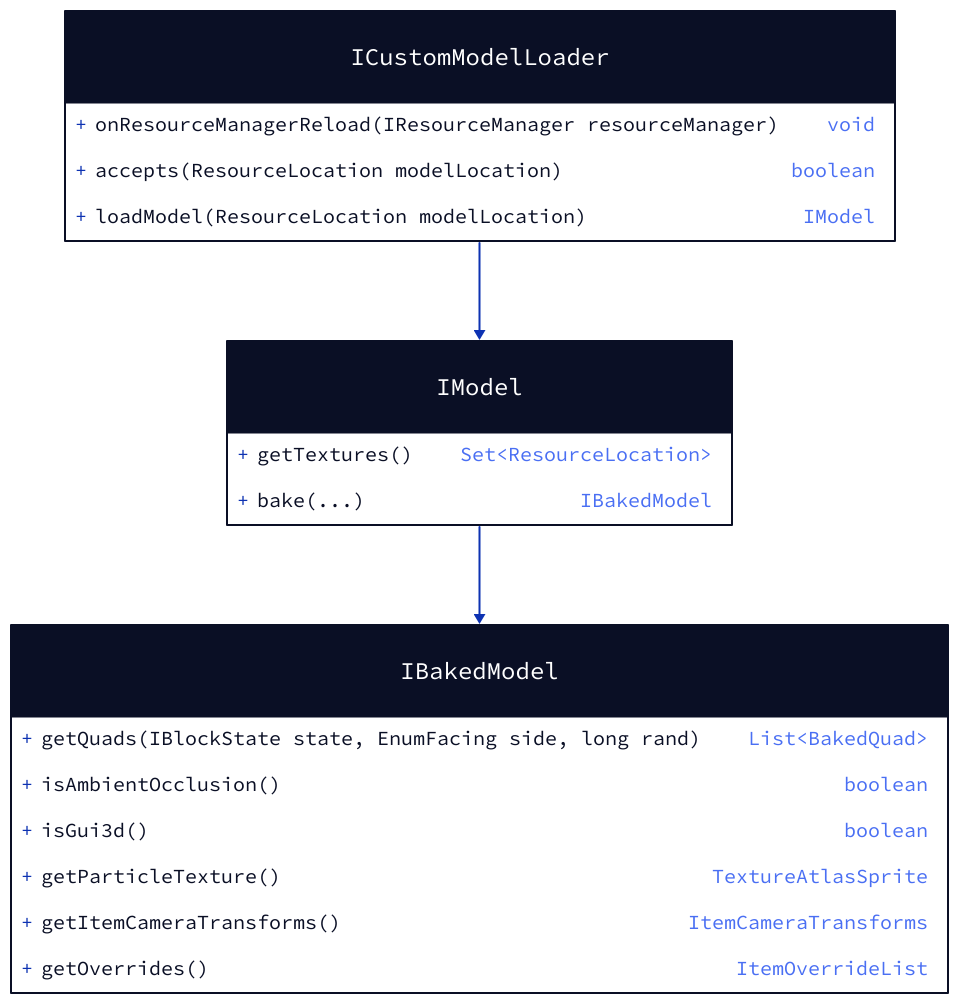
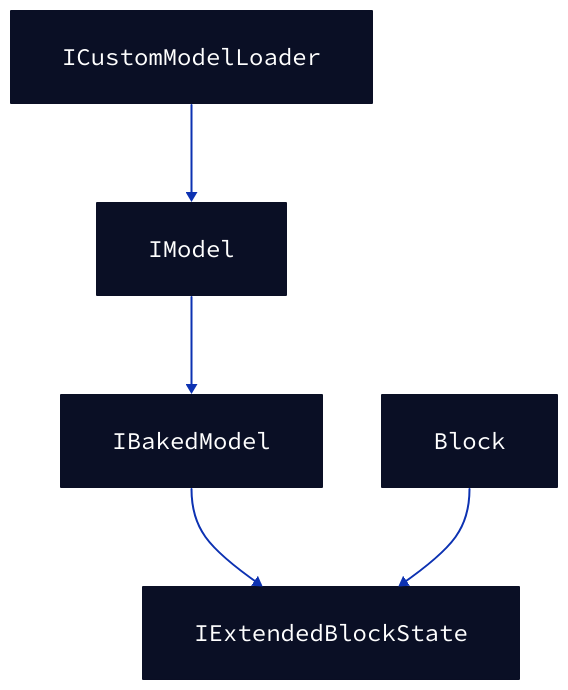
The diagram in docs/mc-modding/1.12.2/ibakedmodel.md (bqc0n/blog), drawn with D2 before and after one commit. The commit also changed other lines of this file and 1 other file, not shown here.

````diff
--- a/docs/mc-modding/1.12.2/ibakedmodel.md
+++ b/docs/mc-modding/1.12.2/ibakedmodel.md
@@ -21,30 +25,27 @@
 ```d2
 ICustomModelLoader: {
   shape: class
-
-  onResourceManagerReload(IResourceManager resourceManager)
-  accepts(ResourceLocation modelLocation): boolean
-  loadModel(ResourceLocation modelLocation): IModel
 }
 
 
 IModel: {
   shape: class
-  
-  getTextures(): Set\<ResourceLocation\>
-  bake(\.\.\.): IBakedModel
 }
 
 IBakedModel: {
   shape: class
-  
-  getQuads(IBlockState state, EnumFacing side, long rand): List\<BakedQuad\>
-  isAmbientOcclusion(): boolean
-  isGui3d(): boolean
-  getParticleTexture(): TextureAtlasSprite
-  getItemCameraTransforms(): ItemCameraTransforms
-  getOverrides(): ItemOverrideList
 }
 
-ICustomModelLoader -> IModel -> IBakedModel
+IExtendedBlockState: {
+  shape: class
+}
+
+Block: {
+  shape: class
+}
+
+ICustomModelLoader -> IModel
+IModel -> IBakedModel
+IBakedModel -> IExtendedBlockState
+Block -> IExtendedBlockState
 ```
````
